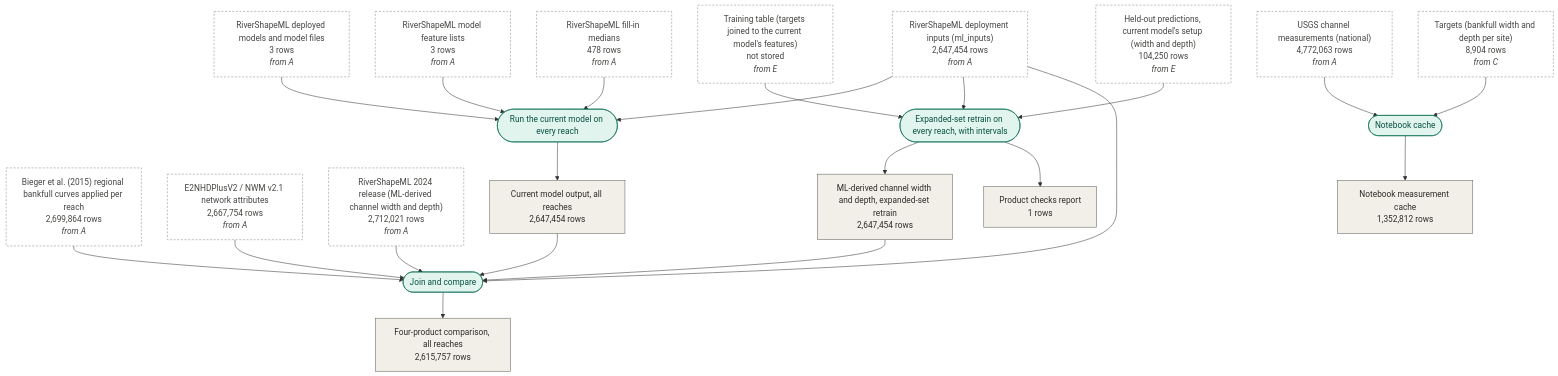
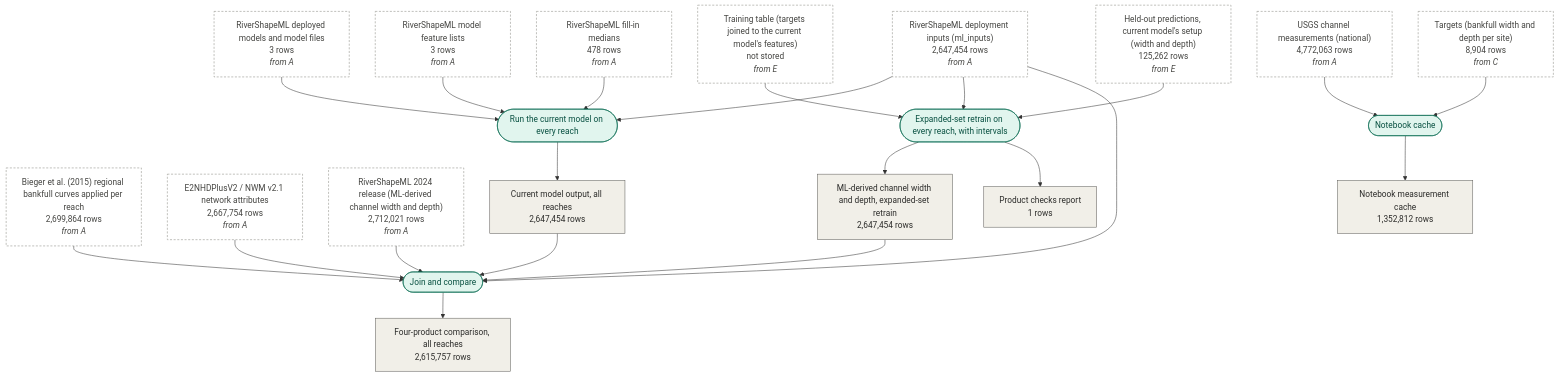
The seventh of 7 diagrams in docs/data_lineage.md (drmerlot/rivershapeml-more-data), drawn with Mermaid before and after one commit. The commit also changed other lines of this file and 1 other file, not shown here.

````diff
--- a/docs/data_lineage.md
+++ b/docs/data_lineage.md
@@ -804,46 +804,46 @@
 ```mermaid
 flowchart TD
   bieger_curves["Bieger et al. (2015) regional bankfull curves applied per reach<br/>2,699,864 rows<br/><i>from A</i>"]:::external
   e2nhdplus["E2NHDPlusV2 / NWM v2.1 network attributes<br/>2,667,754 rows<br/><i>from A</i>"]:::external
   hydroshare_2024["RiverShapeML 2024 release (ML-derived channel width and depth)<br/>2,712,021 rows<br/><i>from A</i>"]:::external
   measurement_cache["Notebook measurement cache<br/>1,352,812 rows"]:::table
   ml_inputs["RiverShapeML deployment inputs (ml_inputs)<br/>2,647,454 rows<br/><i>from A</i>"]:::external
   product_checks["Product checks report<br/>1 rows"]:::table
   product_compare["Four-product comparison, all reaches<br/>2,615,757 rows"]:::table
   product_current["Current model output, all reaches<br/>2,647,454 rows"]:::table
   product_expanded["ML-derived channel width and depth, expanded-set retrain<br/>2,647,454 rows"]:::table
   riverml_feature_lists["RiverShapeML model feature lists<br/>3 rows<br/><i>from A</i>"]:::external
   riverml_fill_medians["RiverShapeML fill-in medians<br/>478 rows<br/><i>from A</i>"]:::external
   riverml_models["RiverShapeML deployed models and model files<br/>3 rows<br/><i>from A</i>"]:::external
-  riverml_runs["Held-out predictions, current model's setup (width and depth)<br/>104,250 rows<br/><i>from E</i>"]:::external
+  riverml_runs["Held-out predictions, current model's setup (width and depth)<br/>125,262 rows<br/><i>from E</i>"]:::external
   targets["Targets (bankfull width and depth per site)<br/>8,904 rows<br/><i>from C</i>"]:::external
   training_table["Training table (targets joined to the current model's features)<br/>not stored<br/><i>from E</i>"]:::external
   usgs_channel_measurements["USGS channel measurements (national)<br/>4,772,063 rows<br/><i>from A</i>"]:::external
   op_run_current_model(["Run the current model on every reach"]):::op
   ml_inputs --> op_run_current_model
   riverml_models --> op_run_current_model
   riverml_feature_lists --> op_run_current_model
   riverml_fill_medians --> op_run_current_model
   op_run_current_model --> product_current
   op_predict_with_intervals(["Expanded-set retrain on every reach, with intervals"]):::op
   training_table --> op_predict_with_intervals
   ml_inputs --> op_predict_with_intervals
   riverml_runs --> op_predict_with_intervals
   op_predict_with_intervals --> product_expanded
   op_predict_with_intervals --> product_checks
   op_compare_products(["Join and compare"]):::op
   product_expanded --> op_compare_products
   product_current --> op_compare_products
   hydroshare_2024 --> op_compare_products
   bieger_curves --> op_compare_products
   e2nhdplus --> op_compare_products
   ml_inputs --> op_compare_products
   op_compare_products --> product_compare
   op_notebook_cache(["Notebook cache"]):::op
   usgs_channel_measurements --> op_notebook_cache
   targets --> op_notebook_cache
   op_notebook_cache --> measurement_cache
   classDef table fill:#F1EFE8,stroke:#5F5E5A,color:#2C2C2A
   classDef external fill:#ffffff,stroke:#888780,stroke-dasharray:4 3,color:#444441
   classDef op fill:#E1F5EE,stroke:#0F6E56,color:#085041
 ```
````
